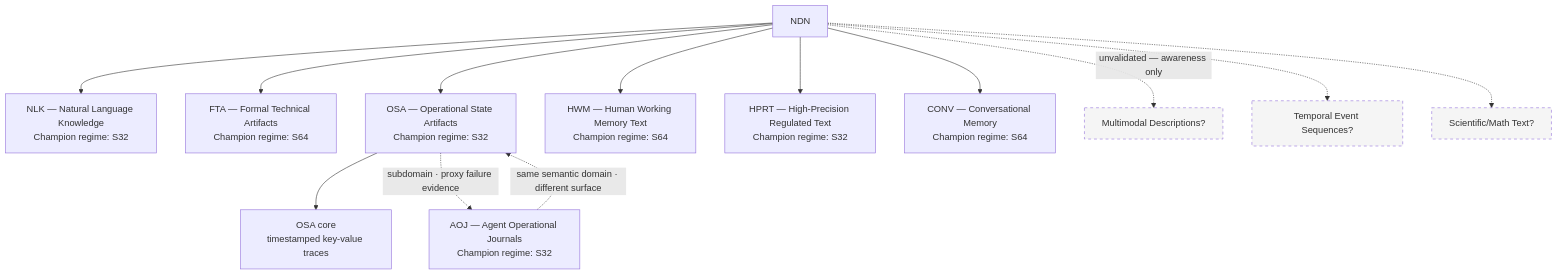
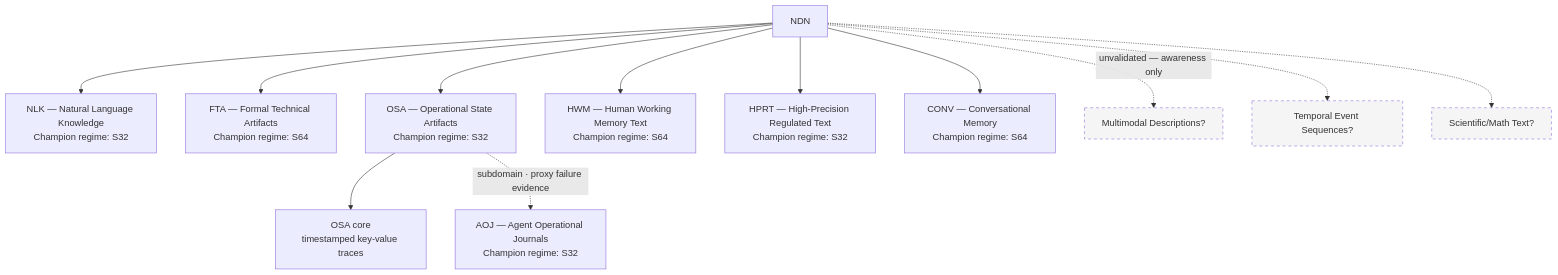
The diagram in diagrams/diagram_02_node_tree.md (fabiocti/ndn-blueprint), drawn with Mermaid before and after one commit. The commit also changed other lines of this file and 36 other files, not shown here.

````diff
--- a/diagrams/diagram_02_node_tree.md
+++ b/diagrams/diagram_02_node_tree.md
@@ -11,37 +11,36 @@
 ```mermaid
 graph TD
     NDN[NDN]
 
     NLK["NLK — Natural Language Knowledge<br/>Champion regime: S32"]
     FTA["FTA — Formal Technical Artifacts<br/>Champion regime: S64"]
     OSA["OSA — Operational State Artifacts<br/>Champion regime: S32"]
     HWM["HWM — Human Working Memory Text<br/>Champion regime: S64"]
     HPRT["HPRT — High-Precision Regulated Text<br/>Champion regime: S32"]
     CONV["CONV — Conversational Memory<br/>Champion regime: S64"]
 
     OSA_CORE["OSA core<br/>timestamped key-value traces"]
     AOJ["AOJ — Agent Operational Journals<br/>Champion regime: S32"]
 
     FUTURE1["Multimodal Descriptions?"]
     FUTURE2["Temporal Event Sequences?"]
     FUTURE3["Scientific/Math Text?"]
 
     NDN --> NLK
     NDN --> FTA
     NDN --> OSA
     NDN --> HWM
     NDN --> HPRT
     NDN --> CONV
 
     OSA --> OSA_CORE
     OSA -.->|"subdomain · proxy failure evidence"| AOJ
-    AOJ -.->|"same semantic domain · different surface"| OSA
 
     NDN -.->|"unvalidated — awareness only"| FUTURE1
     NDN -.-> FUTURE2
     NDN -.-> FUTURE3
 
     style FUTURE1 fill:#f5f5f5,stroke-dasharray: 5 5
     style FUTURE2 fill:#f5f5f5,stroke-dasharray: 5 5
     style FUTURE3 fill:#f5f5f5,stroke-dasharray: 5 5
 ```
````
